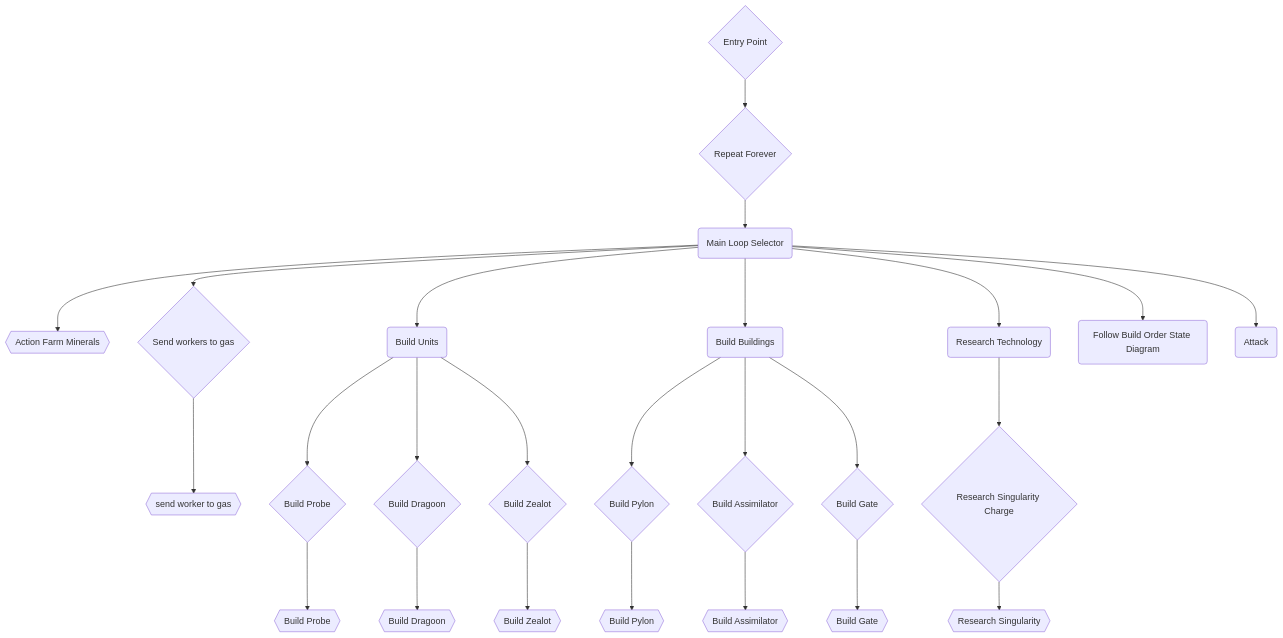
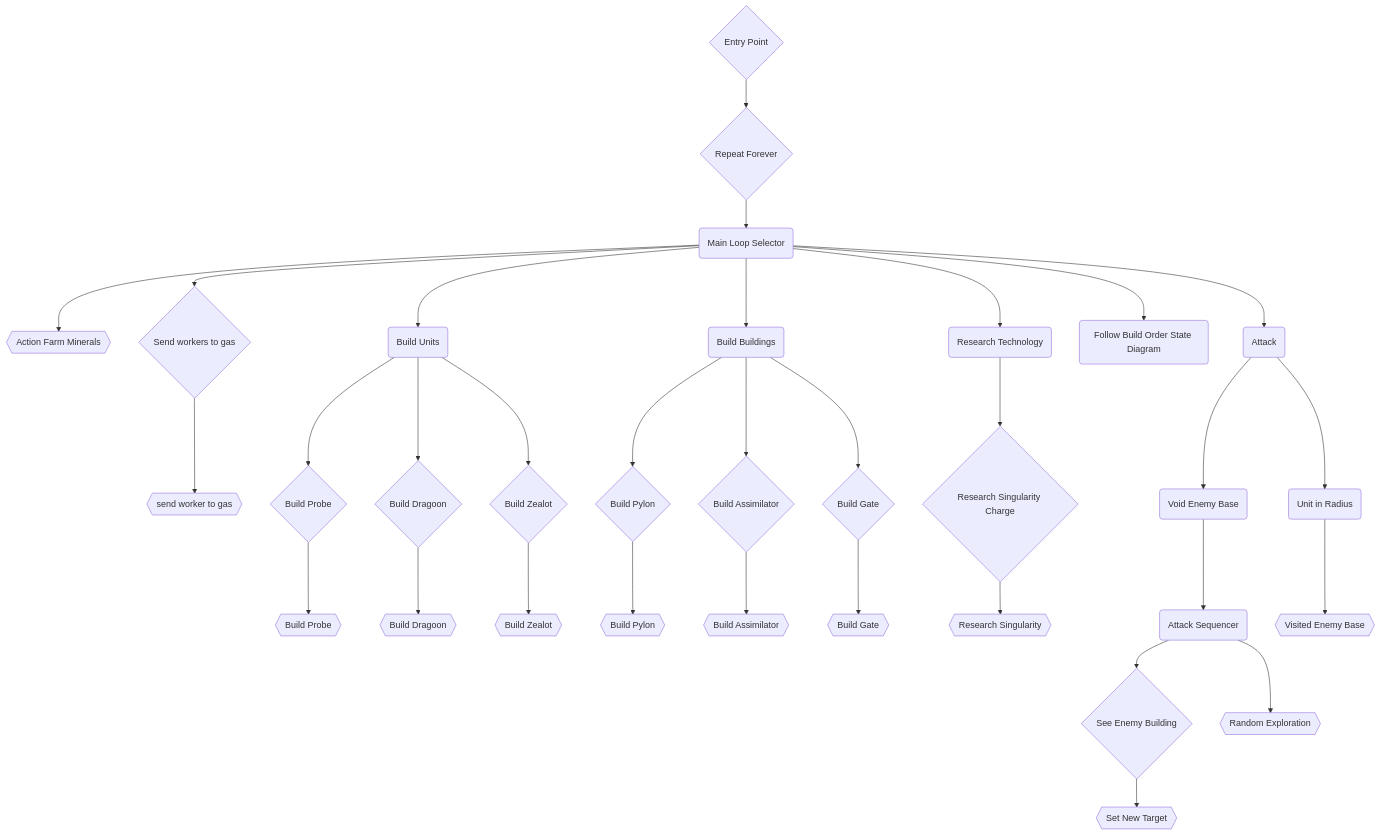
One commit to Bicyclette/StarCraft_AI changed the diagram in README.md. Above: the diagram before and after it, drawn with Mermaid.

Commit message:
stoopid mermaid error fixed

````diff
--- a/README.md
+++ b/README.md
@@ -49,48 +49,58 @@
 ```mermaid
 flowchart TD
 
 A{Entry Point} --> BB{Repeat Forever}
 BB --> MainSelector(Main Loop Selector)
 MainSelector --> WorkersActionMinerals{{Action Farm Minerals}}
 MainSelector --> WorkersDecoratorGas{Send workers to gas}
 WorkersDecoratorGas --> WorkersActionGas{{send worker to gas}}
 
 
 
 MainSelector --> UnitSelector(Build Units)
 
 UnitSelector --> ProbeDecoratorBuild{Build Probe}
 ProbeDecoratorBuild --> ProbeActionBuild{{Build Probe}}
 
 UnitSelector --> DragoonDecoratorBuild{Build Dragoon}
 DragoonDecoratorBuild --> DragoonActionBuild{{Build Dragoon}}
 
 UnitSelector --> ZealotDecoratorBuild{Build Zealot}
 ZealotDecoratorBuild --> ZealotActionBuild{{Build Zealot}}
 
 
 
 MainSelector --> BuildingSelector(Build Buildings)
 
 BuildingSelector --> PylonDecoratorBuild{Build Pylon}
 PylonDecoratorBuild --> PylonActionBuild{{Build Pylon}}
 
 BuildingSelector --> AssimilatorDecoratorBuild{Build Assimilator}
 AssimilatorDecoratorBuild --> AssimilatorActionBuild{{Build Assimilator}}
 
 BuildingSelector --> GateDecoratorBuild{Build Gate}
 GateDecoratorBuild --> GateActionBuild{{Build Gate}}
 
 
 MainSelector --> ResearchSelector(Research Technology)
 
 ResearchSelector --> ResearchDecoratorSingularity{Research Singularity Charge}
 ResearchDecoratorSingularity --> ResearchActionSingularity{{Research Singularity}}
 
 
 MainSelector --> BuildOrderSelector(Follow Build Order State Diagram)
 
 
 MainSelector --> AttackSelector(Attack)
 
+AttackSelector --> AttackDecoratorVoidBase(Void Enemy Base)
+AttackDecoratorVoidBase --> AttackSeq(Attack Sequencer)
+AttackSeq --> SightDecorator{See Enemy Building}
+SightDecorator --> AttackNewTarget{{Set New Target}}
+
+AttackSeq --> RandomExploration{{Random Exploration}}
+
+AttackSelector --> AttackDecoratorRadius(Unit in Radius)
+AttackDecoratorRadius --> VisitDecorator{{Visited Enemy Base}}
+
 ```
````
